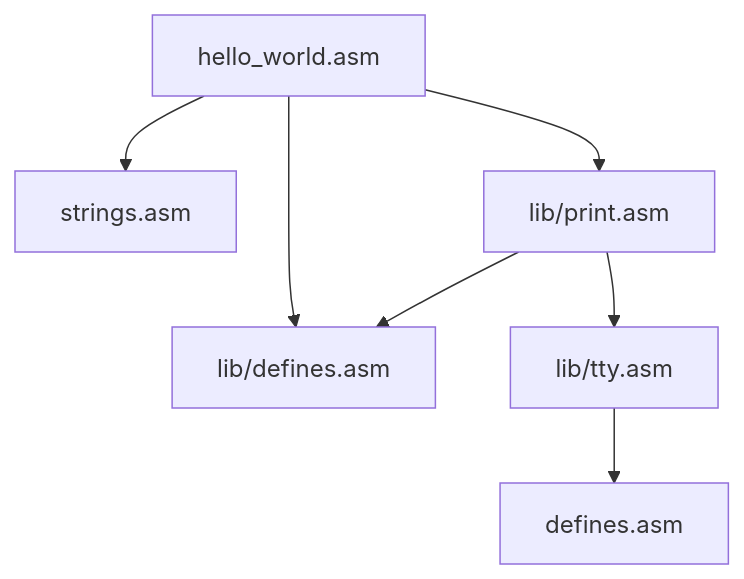
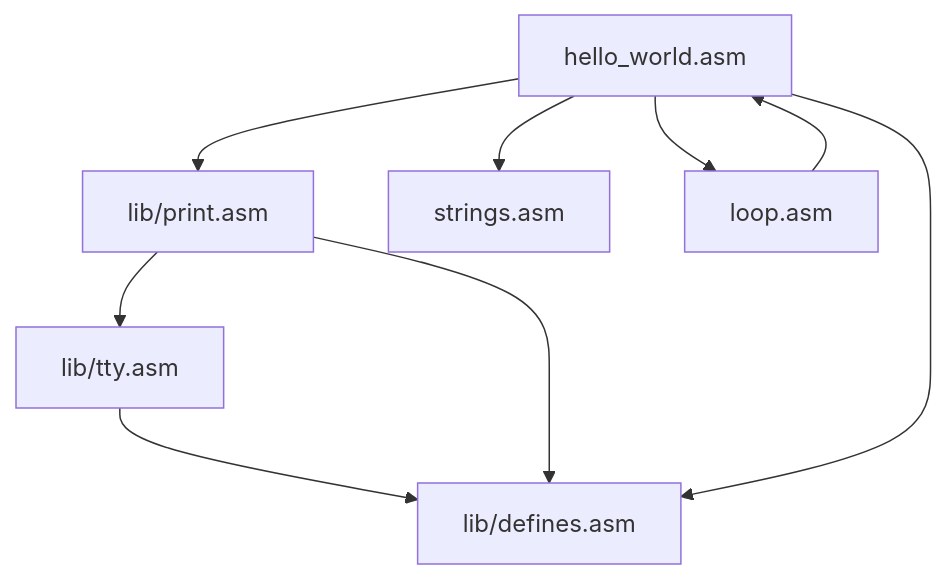
The diagram in docs/assembler/imports-and-exports.md (ablomm/ablomm-cpu), drawn with Mermaid before and after one commit. The commit also changed other lines of this file and 6 other files, not shown here.

````diff
--- a/docs/assembler/imports-and-exports.md
+++ b/docs/assembler/imports-and-exports.md
@@ -97,9 +97,11 @@
 ```mermaid
 graph TD;
+    hello_world.asm-->lib/print.asm;
+    lib/print.asm-->lib/tty.asm;
+    lib/tty.asm-->lib/defines.asm;
+    lib/print.asm-->lib/defines.asm;
     hello_world.asm-->strings.asm;
-    hello_world.asm-->lib/print.asm;
+    hello_world.asm-->loop.asm;
+    loop.asm-->hello_world.asm;
     hello_world.asm-->lib/defines.asm;
-    lib/print.asm-->lib/defines.asm;
-    lib/print.asm-->lib/tty.asm;
-    lib/tty.asm-->defines.asm;
 ```
````
